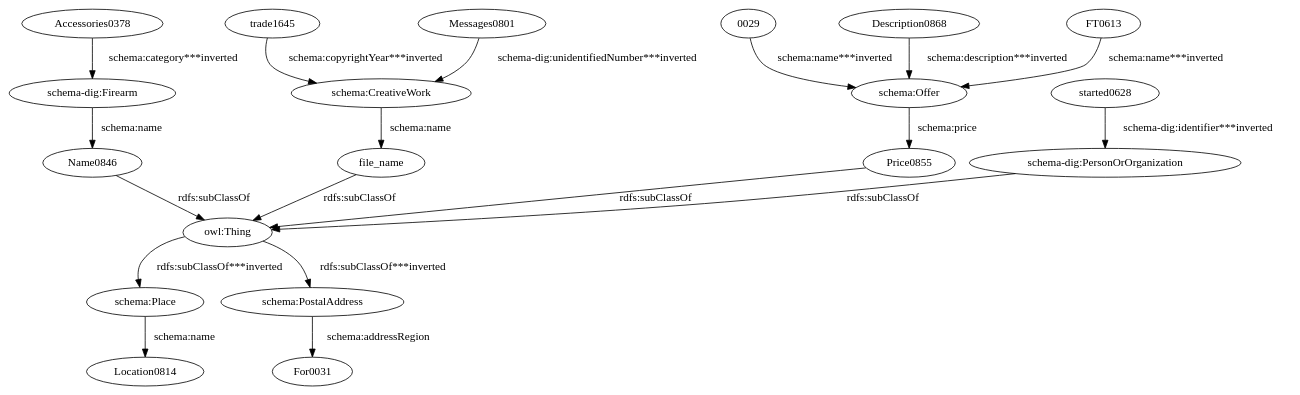
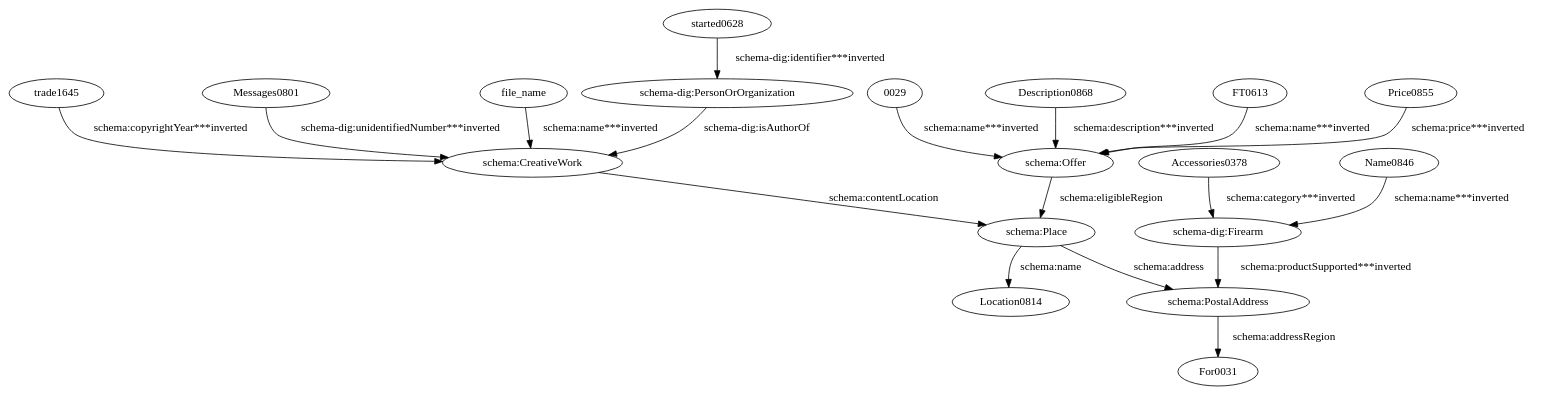
Before and after one commit to giuseppefutia/semi: the diagram in data/taheriyan2016/task_04/semantic_models/steiner/dot/theoutdoorstrader.dot, drawn with Graphviz. The commit also changed 119 other files, not shown here.

```diff
--- a/data/taheriyan2016/task_04/semantic_models/steiner/dot/theoutdoorstrader.dot
+++ b/data/taheriyan2016/task_04/semantic_models/steiner/dot/theoutdoorstrader.dot
@@ -1,39 +1,37 @@
 digraph {
   "0029" [type=attribute_name,label="0029"]
   "schema:Offer1" [type=class_uri,label="schema:Offer"]
   Accessories0378 [type=attribute_name,label=Accessories0378]
   "schema-dig:Firearm1" [type=class_uri,label="schema-dig:Firearm"]
   Description0868 [type=attribute_name,label=Description0868]
   FT0613 [type=attribute_name,label=FT0613]
   Messages0801 [type=attribute_name,label=Messages0801]
   "schema:CreativeWork1" [type=class_uri,label="schema:CreativeWork"]
   Name0846 [type=attribute_name,label=Name0846]
-  "owl:Thing" [type=special,label="owl:Thing"]
   Price0855 [type=attribute_name,label=Price0855]
   file_name [type=attribute_name,label=file_name]
-  "schema:Place1" [type=class_uri,label="schema:Place"]
   "schema:PostalAddress1" [type=class_uri,label="schema:PostalAddress"]
   "schema-dig:PersonOrOrganization1" [type=class_uri,label="schema-dig:PersonOrOrganization"]
+  "schema:Place1" [type=class_uri,label="schema:Place"]
   Location0814 [type=attribute_name,label=Location0814]
   For0031 [type=attribute_name,label=For0031]
   started0628 [type=attribute_name,label=started0628]
   trade1645 [type=attribute_name,label=trade1645]
   "0029" -> "schema:Offer1" [type=st_property_uri,label="schema:name***inverted",weight=1]
   Accessories0378 -> "schema-dig:Firearm1" [type=st_property_uri,label="schema:category***inverted",weight=1]
   Description0868 -> "schema:Offer1" [type=st_property_uri,label="schema:description***inverted",weight=1]
   FT0613 -> "schema:Offer1" [type=st_property_uri,label="schema:name***inverted",weight=1]
   Messages0801 -> "schema:CreativeWork1" [type=st_property_uri,label="schema-dig:unidentifiedNumber***inverted",weight=1]
-  Name0846 -> "owl:Thing" [label="rdfs:subClassOf",type=inherited,weight=0.3333333333333333]
-  Price0855 -> "owl:Thing" [label="rdfs:subClassOf",type=inherited,weight=0.3333333333333333]
-  file_name -> "owl:Thing" [label="rdfs:subClassOf",type=inherited,weight=0.3333333333333333]
-  "owl:Thing" -> "schema:Place1" [type=inherited,label="rdfs:subClassOf***inverted",weight=0.3333333333333333]
-  "owl:Thing" -> "schema:PostalAddress1" [type=inherited,label="rdfs:subClassOf***inverted",weight=0.3333333333333333]
-  "schema-dig:Firearm1" -> Name0846 [label="schema:name",type=st_property_uri]
-  "schema-dig:PersonOrOrganization1" -> "owl:Thing" [label="rdfs:subClassOf",type=inherited,weight=0.3333333333333333]
-  "schema:CreativeWork1" -> file_name [label="schema:name",type=st_property_uri]
-  "schema:Offer1" -> Price0855 [label="schema:price",type=st_property_uri]
+  Name0846 -> "schema-dig:Firearm1" [type=st_property_uri,label="schema:name***inverted",weight=1]
+  Price0855 -> "schema:Offer1" [type=st_property_uri,label="schema:price***inverted",weight=1]
+  file_name -> "schema:CreativeWork1" [type=st_property_uri,label="schema:name***inverted",weight=1]
+  "schema-dig:Firearm1" -> "schema:PostalAddress1" [type=inherited,label="schema:productSupported***inverted",weight=4]
+  "schema-dig:PersonOrOrganization1" -> "schema:CreativeWork1" [label="schema-dig:isAuthorOf",type=direct_property_uri,weight=1]
+  "schema:CreativeWork1" -> "schema:Place1" [label="schema:contentLocation",type=direct_property_uri,weight=1]
+  "schema:Offer1" -> "schema:Place1" [label="schema:eligibleRegion",type=direct_property_uri,weight=1]
   "schema:Place1" -> Location0814 [label="schema:name",type=st_property_uri]
+  "schema:Place1" -> "schema:PostalAddress1" [label="schema:address",type=direct_property_uri,weight=1]
   "schema:PostalAddress1" -> For0031 [label="schema:addressRegion",type=st_property_uri]
   started0628 -> "schema-dig:PersonOrOrganization1" [type=st_property_uri,label="schema-dig:identifier***inverted",weight=1]
   trade1645 -> "schema:CreativeWork1" [type=st_property_uri,label="schema:copyrightYear***inverted",weight=1]
 }
```
